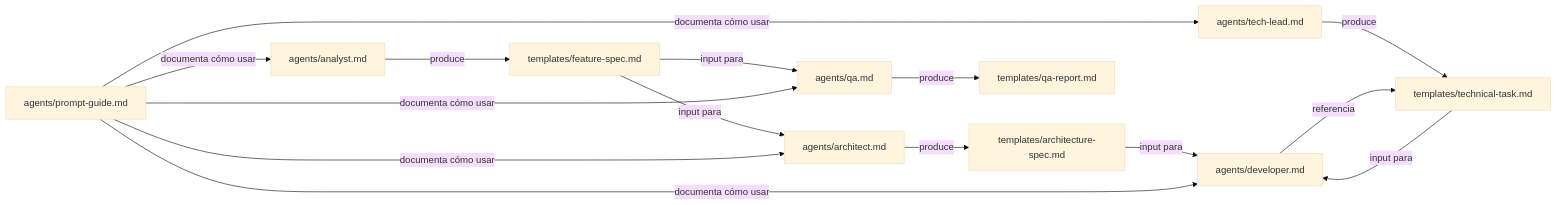
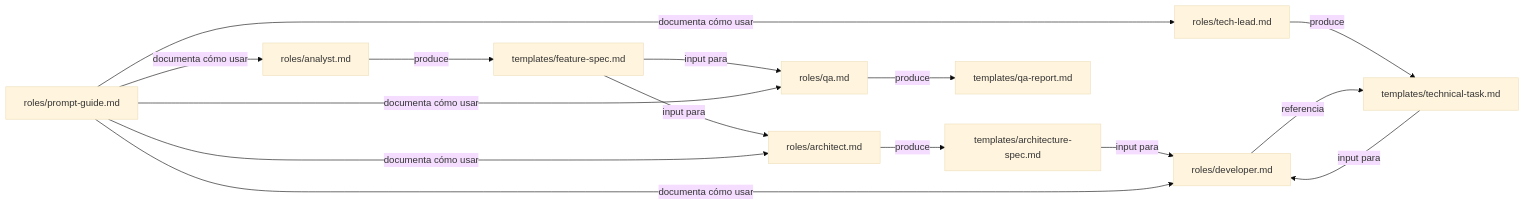
The diagram in docs/repository-structure.md (ezequielmendoza-dev/ai-agents), drawn with Mermaid (base theme) before and after one commit. The commit also changed other lines of this file and 18 other files, not shown here.

Commit message:
refactor: rename agents directory to roles and update all internal references and documentation paths accordingly

````diff
--- a/docs/repository-structure.md
+++ b/docs/repository-structure.md
@@ -154,19 +154,19 @@
 ```mermaid
 graph LR
-    A[agents/analyst.md] -->|produce| B[templates/feature-spec.md]
-    C[agents/architect.md] -->|produce| D[templates/architecture-spec.md]
-    E[agents/tech-lead.md] -->|produce| F[templates/technical-task.md]
-    G[agents/developer.md] -->|referencia| F
-    H[agents/qa.md] -->|produce| I[templates/qa-report.md]
+    A[roles/analyst.md] -->|produce| B[templates/feature-spec.md]
+    C[roles/architect.md] -->|produce| D[templates/architecture-spec.md]
+    E[roles/tech-lead.md] -->|produce| F[templates/technical-task.md]
+    G[roles/developer.md] -->|referencia| F
+    H[roles/qa.md] -->|produce| I[templates/qa-report.md]
 
     B -->|input para| C
     D -->|input para| G
     F -->|input para| G
     B -->|input para| H
 
-    J[agents/prompt-guide.md] -->|documenta cómo usar| A
+    J[roles/prompt-guide.md] -->|documenta cómo usar| A
     J -->|documenta cómo usar| C
     J -->|documenta cómo usar| E
     J -->|documenta cómo usar| G
     J -->|documenta cómo usar| H
 ```
````
